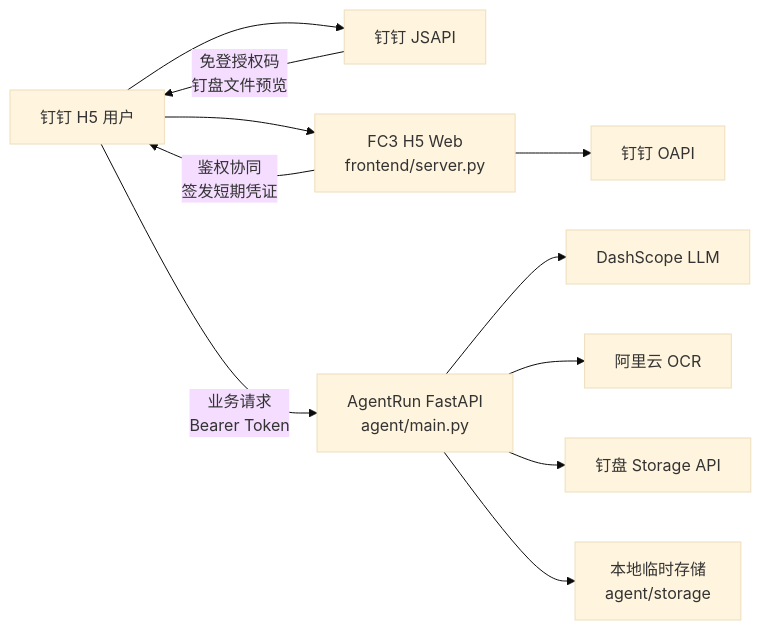
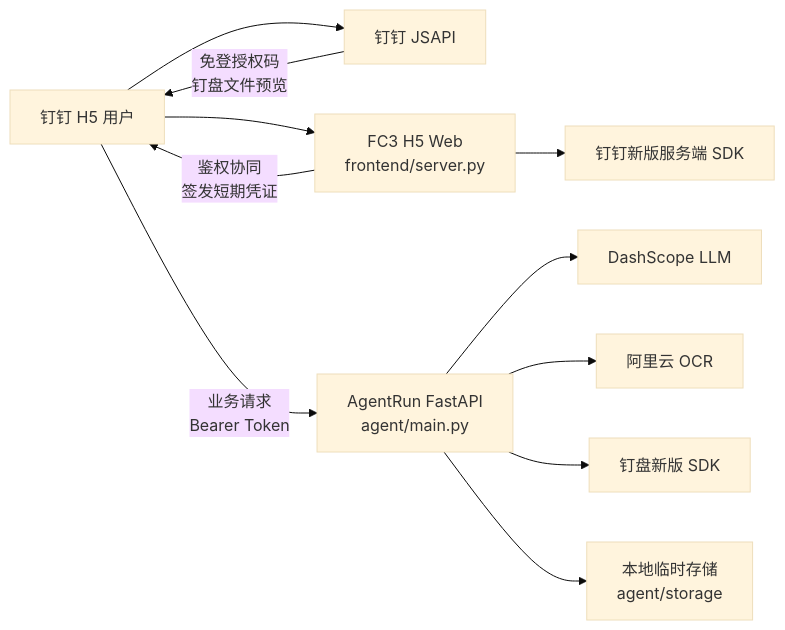
Before and after one commit to yuqingyang3019-cyber/hetong: the first of 3 diagrams in SPEC/ARCHITECTURE.md, drawn with Mermaid (base theme). The commit also changed other lines of this file and 2 other files, not shown here.

Commit message:
docs: require new DingTalk SDK usage

````diff
--- a/SPEC/ARCHITECTURE.md
+++ b/SPEC/ARCHITECTURE.md
@@ -36,13 +36,13 @@
 ```mermaid
 flowchart LR
   user["钉钉 H5 用户"] --> jsapi["钉钉 JSAPI"]
   user --> h5["FC3 H5 Web\nfrontend/server.py"]
   h5 -->|"鉴权协同\n签发短期凭证"| user
-  h5 --> dingtalk["钉钉 OAPI"]
+  h5 --> dingtalk["钉钉新版服务端 SDK"]
   user -->|"业务请求\nBearer Token"| agent["AgentRun FastAPI\nagent/main.py"]
   jsapi -->|"免登授权码\n钉盘文件预览"| user
   agent --> dashscope["DashScope LLM"]
   agent --> aliyunOcr["阿里云 OCR"]
-  agent --> dingdrive["钉盘 Storage API"]
+  agent --> dingdrive["钉盘新版 SDK"]
   agent --> localStorage["本地临时存储\nagent/storage"]
 ```
````
